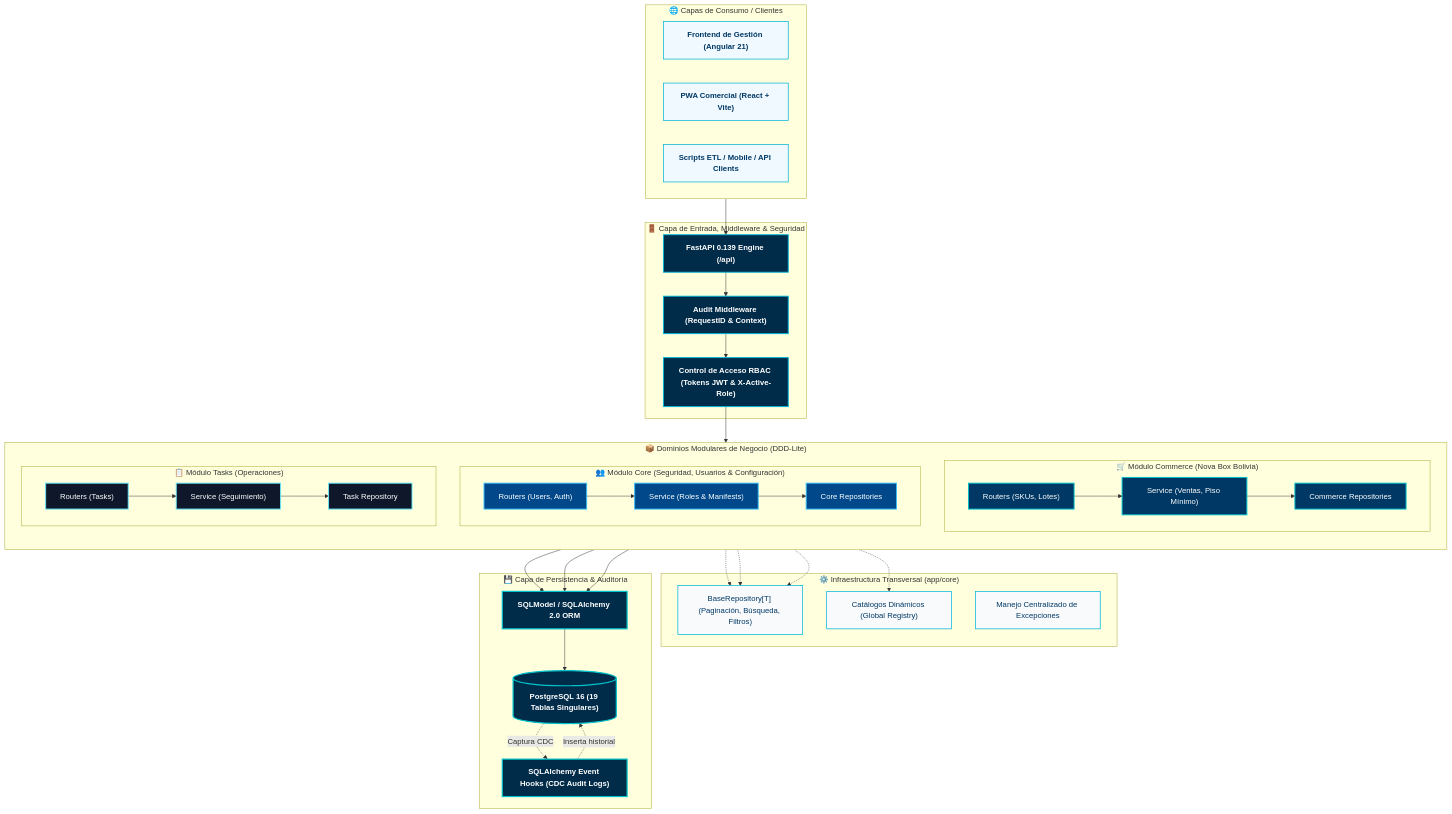
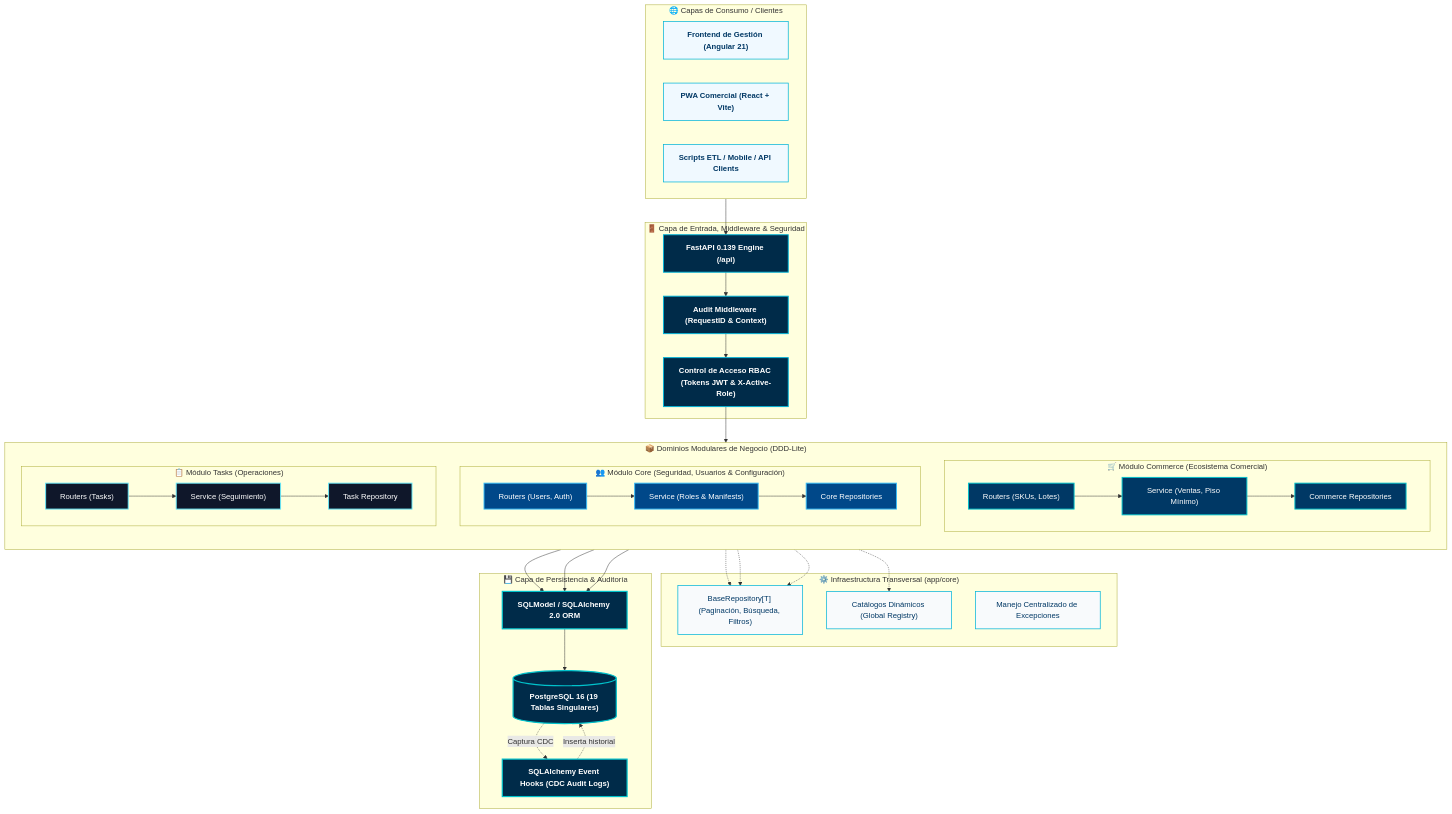
The diagram in README.md (henrytaby/uyuni-backend-py), drawn with Mermaid before and after one commit. The commit also changed other lines of this file and 17 other files, not shown here.

Commit message:
refactor: remove hardcoded Nova Box references and rebrand commerce module to white-label retail

```diff
--- a/README.md
+++ b/README.md
@@ -76,7 +76,7 @@
     subgraph BusinessDomains["📦 Dominios Modulares de Negocio (DDD-Lite)"]
         direction TB
         
-        subgraph Commerce["🛒 Módulo Commerce (Nova Box Bolivia)"]
+        subgraph Commerce["🛒 Módulo Commerce (Ecosistema Comercial)"]
             direction LR
             C_R["Routers (SKUs, Lotes)"] --> C_S["Service (Ventas, Piso Mínimo)"] --> C_RP["Commerce Repositories"]
         end
```
